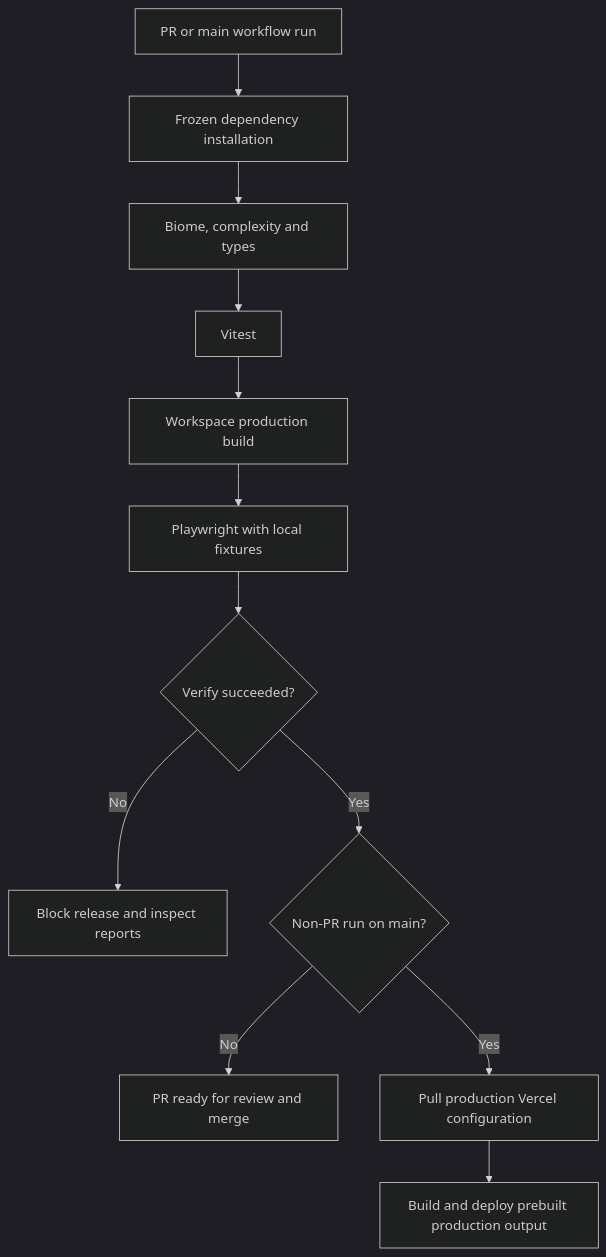
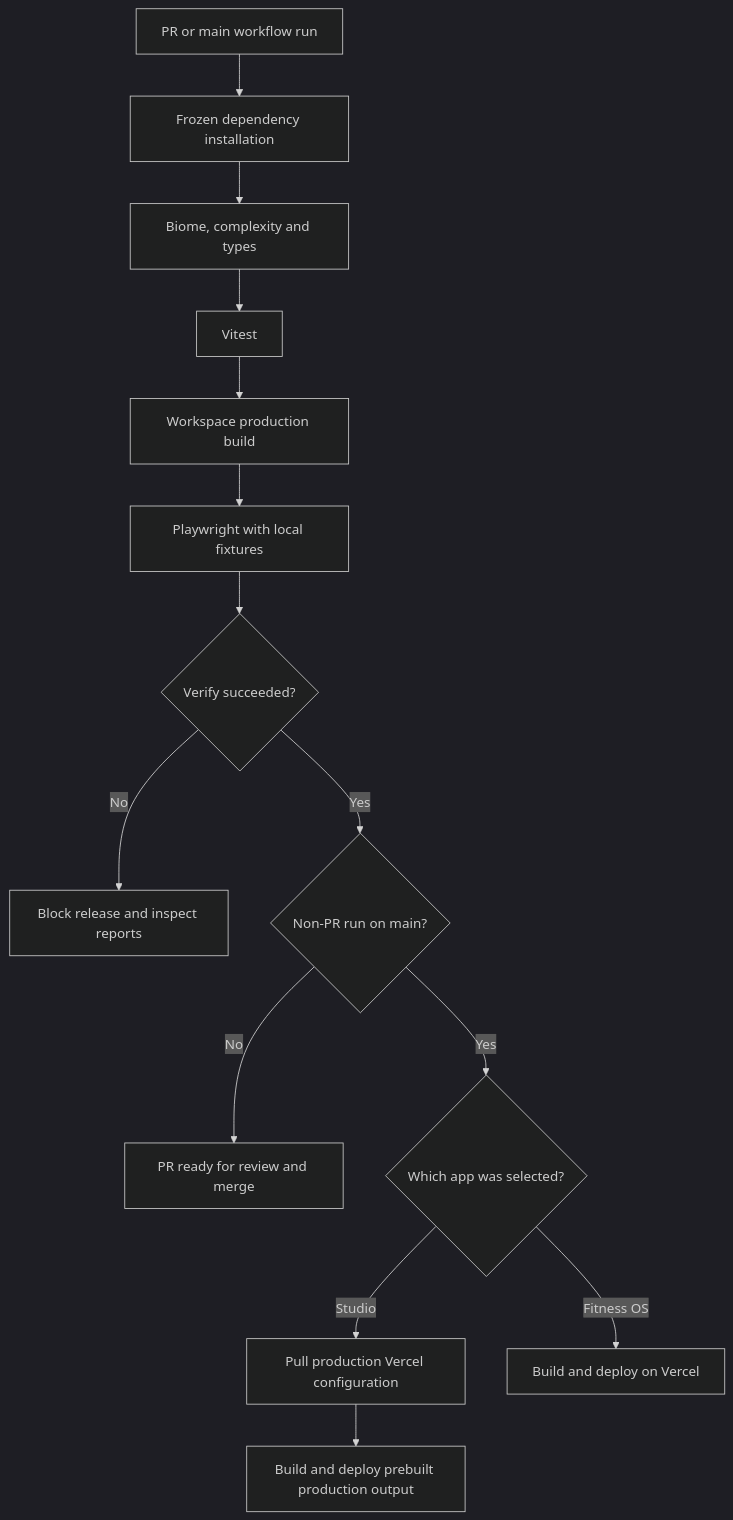
One commit to yusufyilmz/devhub-showcase changed the sixth of 6 diagrams in docs/architecture.md. Above: the diagram before and after it, drawn with Mermaid (dark theme). The commit also changed 2 other files, not shown here.

Commit message:
fix(ci): build Fitness OS where Vercel secrets are available

````diff
--- a/docs/architecture.md
+++ b/docs/architecture.md
@@ -127,14 +127,16 @@
 ```mermaid
 flowchart TD
   Event["PR or main workflow run"] --> Install["Frozen dependency installation"]
   Install --> Static["Biome, complexity and types"]
   Static --> Unit["Vitest"]
   Unit --> Build["Workspace production build"]
   Build --> Browser["Playwright with local fixtures"]
   Browser --> Gate{"Verify succeeded?"}
   Gate -->|No| Stop["Block release and inspect reports"]
   Gate -->|Yes| Main{"Non-PR run on main?"}
   Main -->|No| Review["PR ready for review and merge"]
-  Main -->|Yes| Config["Pull production Vercel configuration"]
+  Main -->|Yes| Target{"Which app was selected?"}
+  Target -->|Studio| Config["Pull production Vercel configuration"]
   Config --> Prod["Build and deploy prebuilt production output"]
+  Target -->|Fitness OS| Hosted["Build and deploy on Vercel"]
 ```
````
